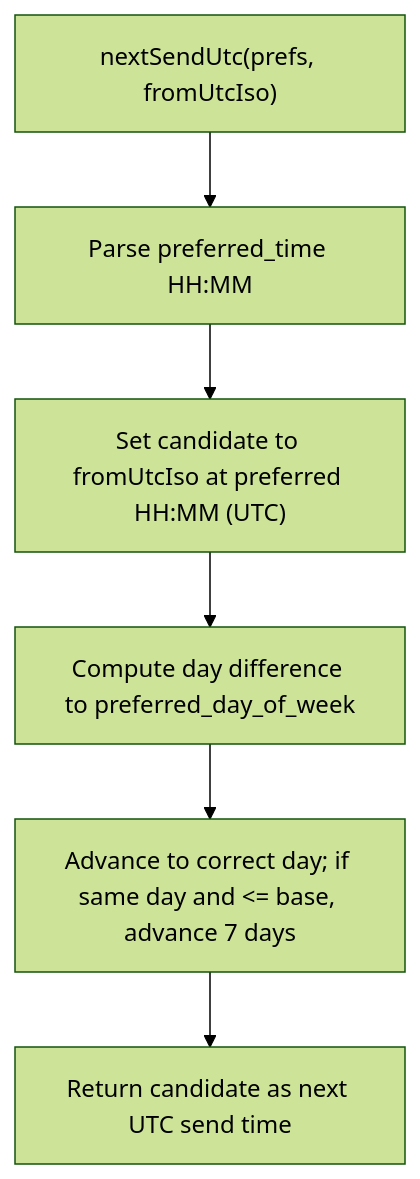
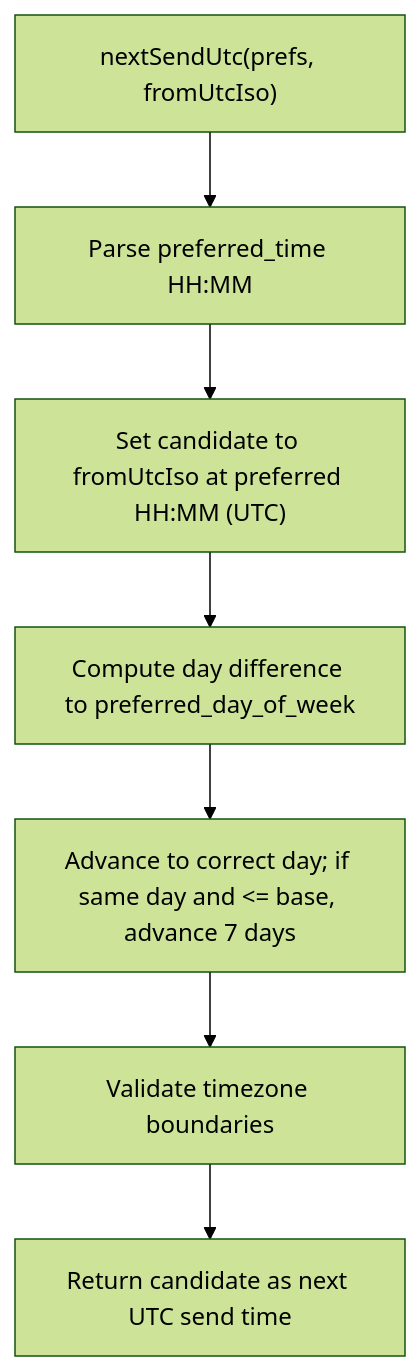
Before and after one commit to aravinthraj-ramalingam/Groww-App-Review-Insights-Analyzer-: the fourth of 9 diagrams in .qoder/repowiki/en/content/Phase 2_ Advanced Analytics & Automation/Automated Job Scheduling.md, drawn with Mermaid (forest theme). The commit also changed other lines of this file and 11 other files, not shown here.

````diff
--- a/.qoder/repowiki/en/content/Phase 2_ Advanced Analytics & Automation/Automated Job Scheduling.md
+++ b/.qoder/repowiki/en/content/Phase 2_ Advanced Analytics & Automation/Automated Job Scheduling.md
@@ -246,8 +274,9 @@
 ```mermaid
 flowchart TD
 A["nextSendUtc(prefs, fromUtcIso)"] --> Parse["Parse preferred_time HH:MM"]
 Parse --> SetDay["Set candidate to fromUtcIso at preferred HH:MM (UTC)"]
 SetDay --> DayDiff["Compute day difference to preferred_day_of_week"]
 DayDiff --> Adjust["Advance to correct day; if same day and <= base, advance 7 days"]
-Adjust --> Out["Return candidate as next UTC send time"]
+Adjust --> Validate["Validate timezone boundaries"]
+Validate --> Out["Return candidate as next UTC send time"]
 ```
````
